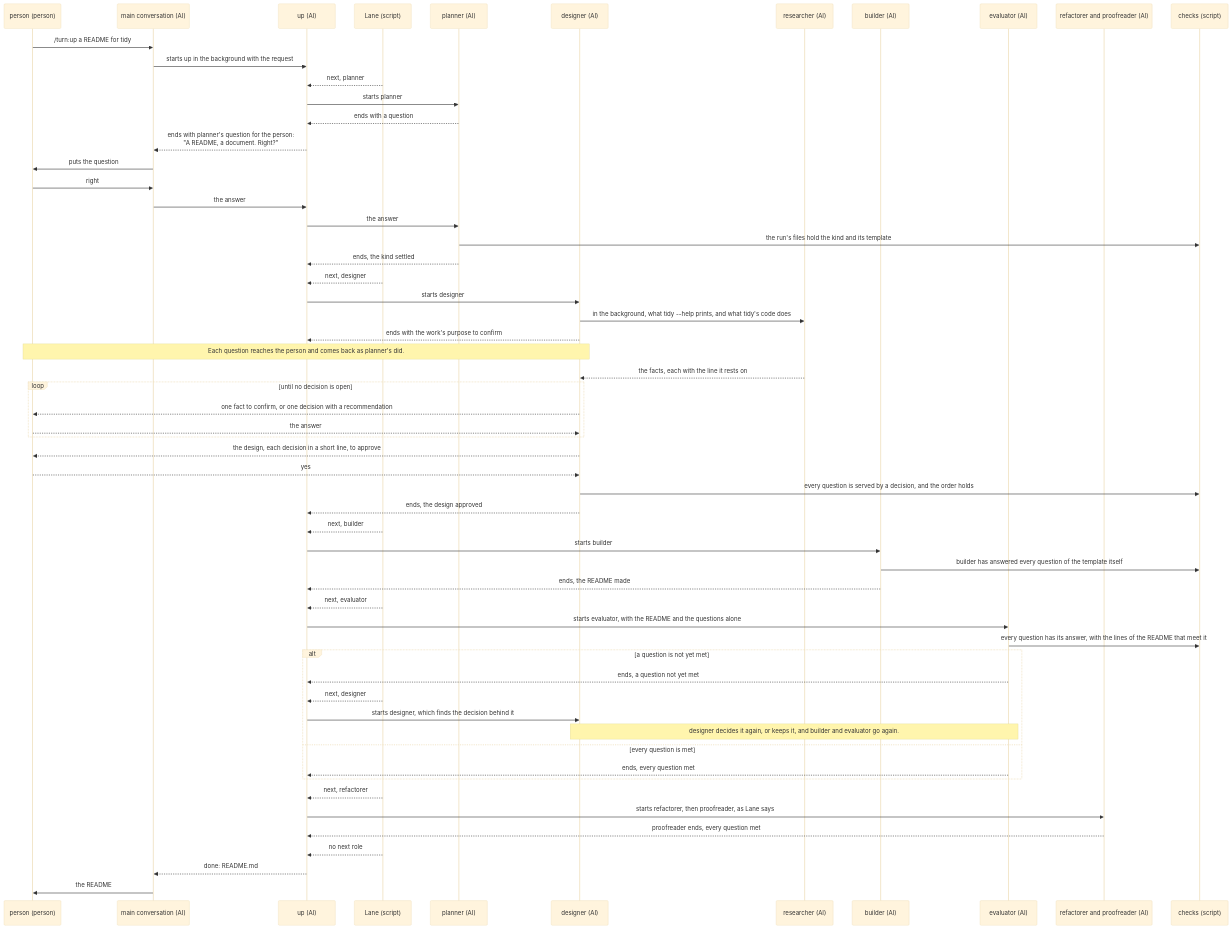
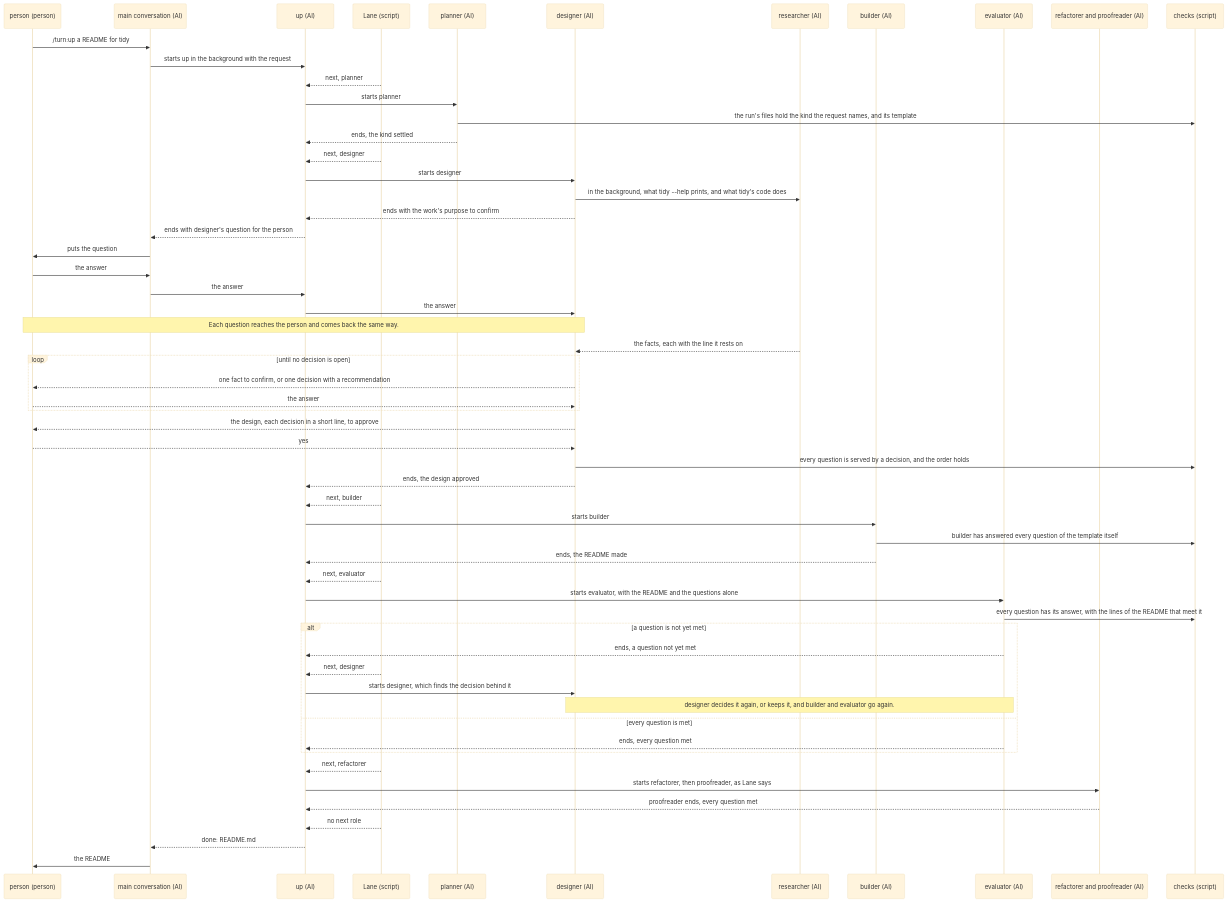
One commit to lovaizu/ccpm changed the first of 3 diagrams in dev/turn/ux.md. Above: the diagram before and after it, drawn with Mermaid (base theme). The commit also changed other lines of this file and 4 other files, not shown here.

First line of the commit message:
turn: the kind asked only where the request leaves it open, as the stand-in person judged a README asked for as a README a point not theirs; the prompt tests of each role alone

````diff
--- a/dev/turn/ux.md
+++ b/dev/turn/ux.md
@@ -73,61 +73,60 @@
 ```mermaid
 sequenceDiagram
   participant P as person (person)
   participant M as main conversation (AI)
   participant U as up (AI)
   participant L as Lane (script)
   participant PL as planner (AI)
   participant D as designer (AI)
   participant R as researcher (AI)
   participant B as builder (AI)
   participant E as evaluator (AI)
   participant RF as refactorer and proofreader (AI)
   participant C as checks (script)
   P->>M: /turn:up a README for tidy
   M->>U: starts up in the background with the request
   L-->>U: next, planner
   U->>PL: starts planner
-  PL-->>U: ends with a question
-  U-->>M: ends with planner's question for the person:<br>"A README, a document. Right?"
-  M->>P: puts the question
-  P->>M: right
-  M->>U: the answer
-  U->>PL: the answer
-  PL->>C: the run's files hold the kind and its template
+  PL->>C: the run's files hold the kind the request names, and its template
   PL-->>U: ends, the kind settled
   L-->>U: next, designer
   U->>D: starts designer
   D->>R: in the background, what tidy --help prints, and what tidy's code does
   D-->>U: ends with the work's purpose to confirm
-  Note over P,D: Each question reaches the person and comes back as planner's did.
+  U-->>M: ends with designer's question for the person
+  M->>P: puts the question
+  P->>M: the answer
+  M->>U: the answer
+  U->>D: the answer
+  Note over P,D: Each question reaches the person and comes back the same way.
   R-->>D: the facts, each with the line it rests on
   loop until no decision is open
     D-->>P: one fact to confirm, or one decision with a recommendation
     P-->>D: the answer
   end
   D-->>P: the design, each decision in a short line, to approve
   P-->>D: yes
   D->>C: every question is served by a decision, and the order holds
   D-->>U: ends, the design approved
   L-->>U: next, builder
   U->>B: starts builder
   B->>C: builder has answered every question of the template itself
   B-->>U: ends, the README made
   L-->>U: next, evaluator
   U->>E: starts evaluator, with the README and the questions alone
   E->>C: every question has its answer, with the lines of the README that meet it
   alt a question is not yet met
     E-->>U: ends, a question not yet met
     L-->>U: next, designer
     U->>D: starts designer, which finds the decision behind it
     Note over D,E: designer decides it again, or keeps it, and builder and evaluator go again.
   else every question is met
     E-->>U: ends, every question met
   end
   L-->>U: next, refactorer
   U->>RF: starts refactorer, then proofreader, as Lane says
   RF-->>U: proofreader ends, every question met
   L-->>U: no next role
   U-->>M: done: README.md
   M->>P: the README
 ```
````
